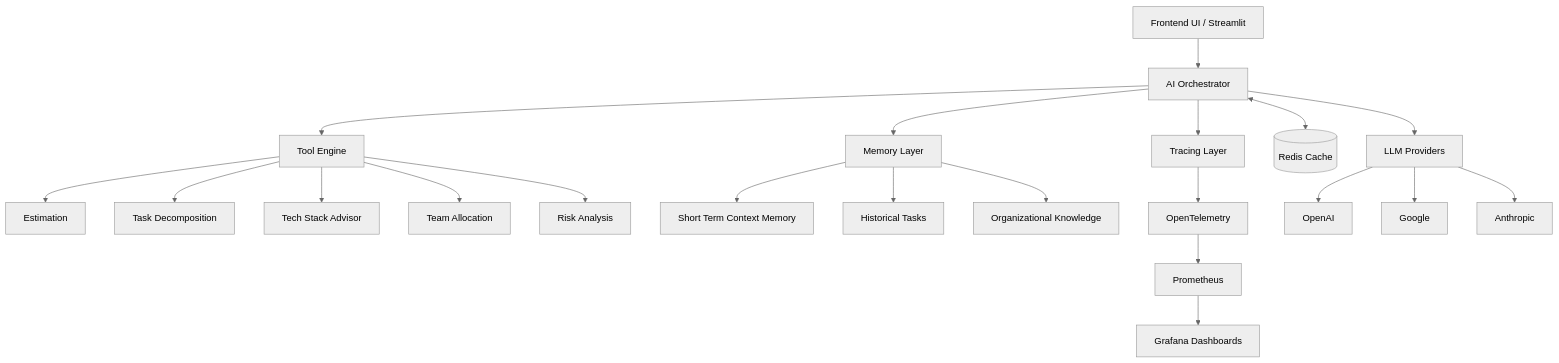
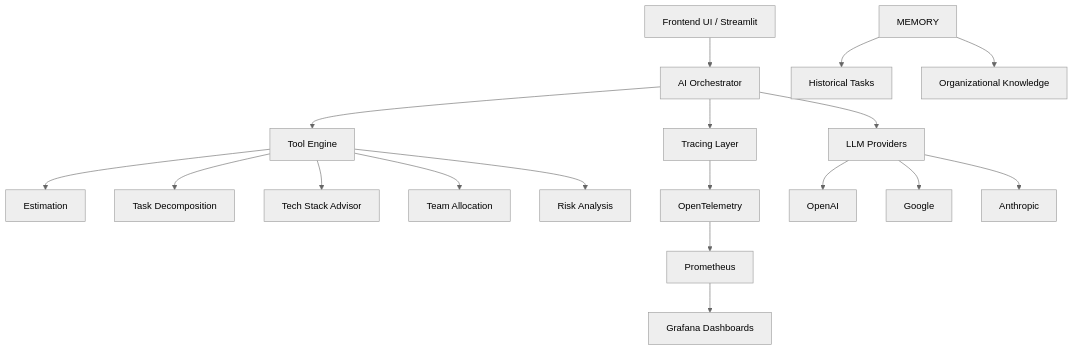
One commit to SuperAIQuattro/EstimatesAI changed the first of 2 diagrams in README.md. Above: the diagram before and after it, drawn with Mermaid (neutral theme). The commit also changed other lines of this file, not shown here.

````diff
--- a/README.md
+++ b/README.md
@@ -89,34 +86,30 @@
 ```mermaid
 flowchart TD
 
     UI[Frontend UI / Streamlit]
     API[AI Orchestrator]
 
     UI --> API
 
     API --> TOOLS[Tool Engine]
-    API --> MEMORY[Memory Layer]
     API --> TRACE[Tracing Layer]
 
     TOOLS --> ESTIMATION[Estimation]
     TOOLS --> DECOMPOSITION[Task Decomposition]
     TOOLS --> TECHADVISOR[Tech Stack Advisor]
     TOOLS --> STAFFING[Team Allocation]
     TOOLS --> RISK[Risk Analysis]
 
-    MEMORY --> STM[Short Term Context Memory]
     MEMORY --> HISTORY[Historical Tasks]
     MEMORY --> ORG[Organizational Knowledge]
 
     TRACE --> OTEL[OpenTelemetry]
     OTEL --> PROM[Prometheus]
     PROM --> GRAFANA[Grafana Dashboards]
 
-    API <--> REDIS[(Redis Cache)]
-
     API --> MODELS[LLM Providers]
 
     MODELS --> OPENAI[OpenAI]
     MODELS --> GOOGLE[Google]
     MODELS --> ANTHROPIC[Anthropic]
 ```
````
